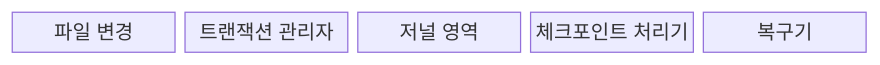
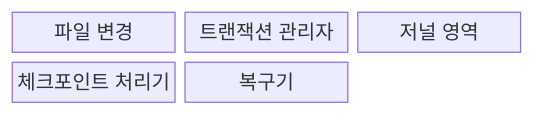
One commit to agnusdei1207/knowledge-base changed the first of 2 diagrams in src/content/docs/notes/03-software/021_file_system_journaling.md. Above: the diagram before and after it, drawn with Mermaid. The commit also changed 238 other files, not shown here.

````diff
--- a/src/content/docs/notes/03-software/021_file_system_journaling.md
+++ b/src/content/docs/notes/03-software/021_file_system_journaling.md
@@ -64,9 +64,9 @@
 ```mermaid
-block
-  columns 5
+block-beta
+  columns 3
   C["파일 변경"]
   T["트랜잭션 관리자"]
   J["저널 영역"]
   K["체크포인트 처리기"]
   R["복구기"]
 ```
````
